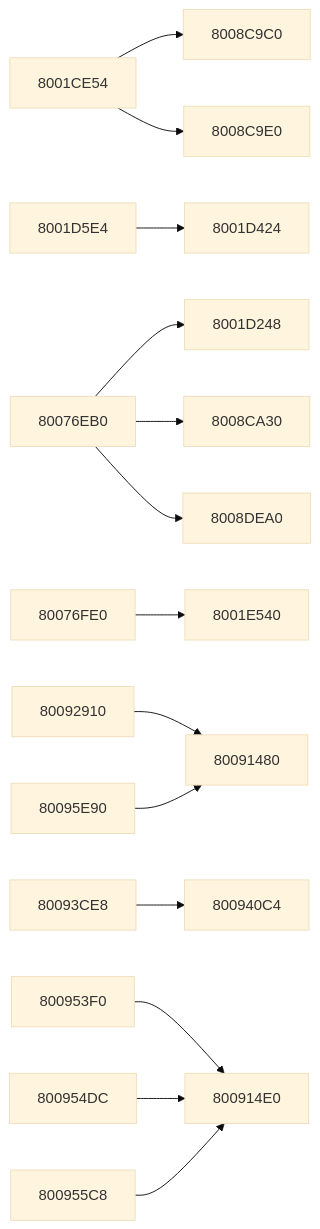
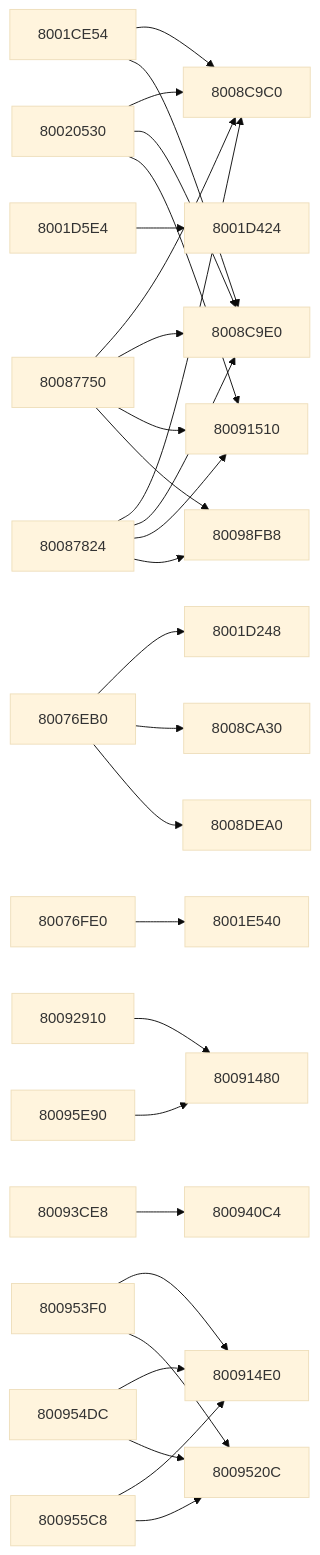
One commit to kai-luni/Future-Cop-L.A.P.D-PS1 changed the ninth of 11 diagrams in docs/FUNCTION_MAP.md. Above: the diagram before and after it, drawn with Mermaid (base theme). The commit also changed other lines of this file, not shown here.

````diff
--- a/docs/FUNCTION_MAP.md
+++ b/docs/FUNCTION_MAP.md
@@ -1187,36 +1520,56 @@
 ```mermaid
 graph LR
     f8001ce54 --> f8008c9c0
     f8001ce54 --> f8008c9e0
     f8001d5e4 --> f8001d424
+    f80020530 --> f8008c9c0
+    f80020530 --> f8008c9e0
+    f80020530 --> f80091510
     f80076eb0 --> f8001d248
     f80076eb0 --> f8008ca30
     f80076eb0 --> f8008dea0
     f80076fe0 --> f8001e540
+    f80087750 --> f8008c9c0
+    f80087750 --> f8008c9e0
+    f80087750 --> f80091510
+    f80087750 --> f80098fb8
+    f80087824 --> f8008c9c0
+    f80087824 --> f8008c9e0
+    f80087824 --> f80091510
+    f80087824 --> f80098fb8
     f80092910 --> f80091480
     f80093ce8 --> f800940c4
     f800953f0 --> f800914e0
+    f800953f0 --> f8009520c
     f800954dc --> f800914e0
+    f800954dc --> f8009520c
     f800955c8 --> f800914e0
+    f800955c8 --> f8009520c
     f80095e90 --> f80091480
     f8001ce54["8001CE54"]
     f8001d248["8001D248"]
     f8001d424["8001D424"]
     f8001d5e4["8001D5E4"]
     f8001e540["8001E540"]
+    f80020530["80020530"]
     f80076eb0["80076EB0"]
     f80076fe0["80076FE0"]
+    f80087750["80087750"]
+    f80087824["80087824"]
     f8008c9c0["8008C9C0"]
     f8008c9e0["8008C9E0"]
     f8008ca30["8008CA30"]
     f8008dea0["8008DEA0"]
     f80091480["80091480"]
     f800914e0["800914E0"]
+    f80091510["80091510"]
     f80092910["80092910"]
     f80093ce8["80093CE8"]
     f800940c4["800940C4"]
+    f8009520c["8009520C"]
     f800953f0["800953F0"]
     f800954dc["800954DC"]
     f800955c8["800955C8"]
     f80095e90["80095E90"]
+    f80098fb8["80098FB8"]
 ```
````
